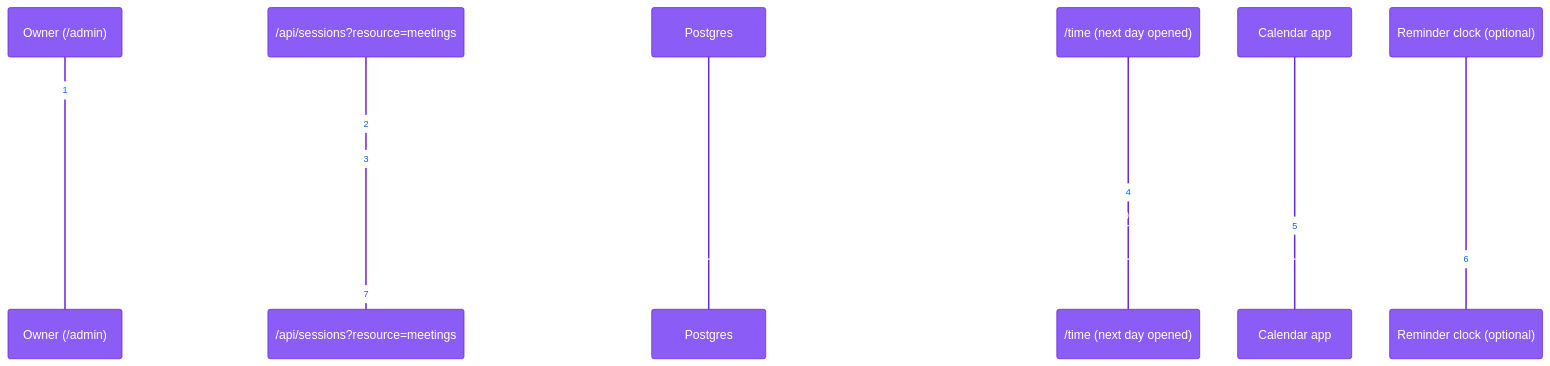
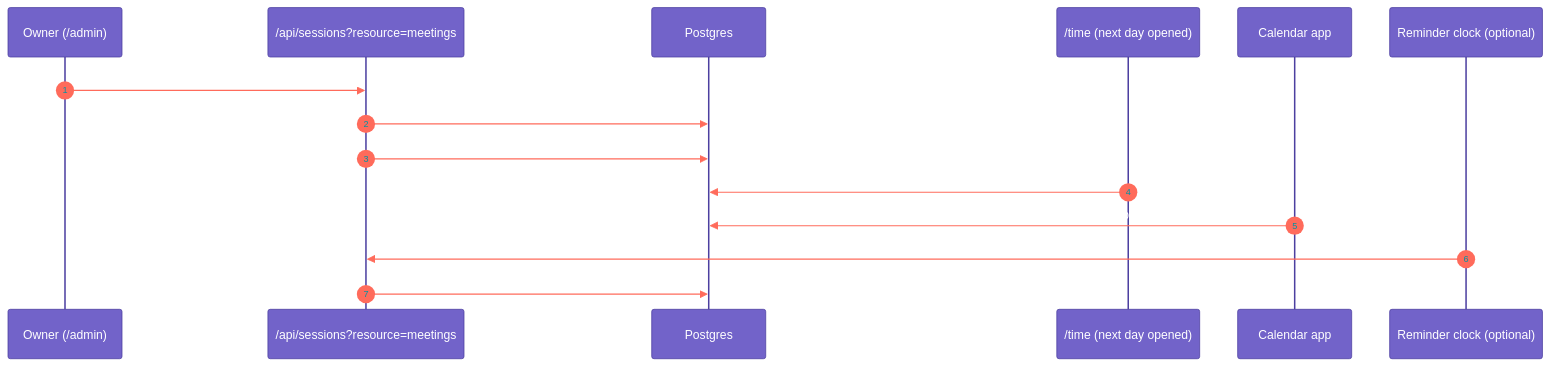
The fifth of 6 diagrams in README.md (Ahmedtarekpage/portfolio), drawn with Mermaid before and after one commit. The commit also changed other lines of this file and 20 other files, not shown here.

````diff
--- a/README.md
+++ b/README.md
@@ -869,18 +887,18 @@
 ```mermaid
-%%{init: {'theme':'base','themeVariables':{'primaryColor':'#8b5cf6','primaryTextColor':'#fff','primaryBorderColor':'#6d28d9','lineColor':'#f59e0b','secondaryColor':'#14b8a6','tertiaryColor':'#fef3c7','actorBkg':'#8b5cf6','actorTextColor':'#fff','noteBkgColor':'#fef3c7','fontFamily':'Inter'}}}%%
+%%{init: {'theme':'base','themeVariables':{'primaryColor':'#7263C9','primaryTextColor':'#ffffff','primaryBorderColor':'#4C3FA0','lineColor':'#FF6B5B','secondaryColor':'#E3E0F6','tertiaryColor':'#F4EDE0','actorBkg':'#7263C9','actorBorder':'#4C3FA0','actorTextColor':'#ffffff','signalColor':'#FF6B5B','noteBkgColor':'#F4EDE0','noteTextColor':'#14213D','fontFamily':'Inter'}}}%%
 sequenceDiagram
   autonumber
   participant O as Owner (/admin)
   participant M as /api/sessions?resource=meetings
   participant D as Postgres
   participant T as /time (next day opened)
   participant K as Calendar app
   participant R as Reminder clock (optional)
   O->>M: POST meeting (local time + zone, repeat rule)
   M->>D: hours engine → series until credit runs out
   M->>D: INSERT meetings (shared series_id)
   T->>D: GET /api/tasks?date&sync=1&tz → task "meeting:id" (+15 min prep)
   K->>D: GET /cal/token.ics → VEVENTs (+ CANCELLED tombstones)
   R->>M: POST /api/share?cron=reminders (if enabled)
   M->>D: claim remind_day_at / remind_2h_at, then send email
 ```
````
